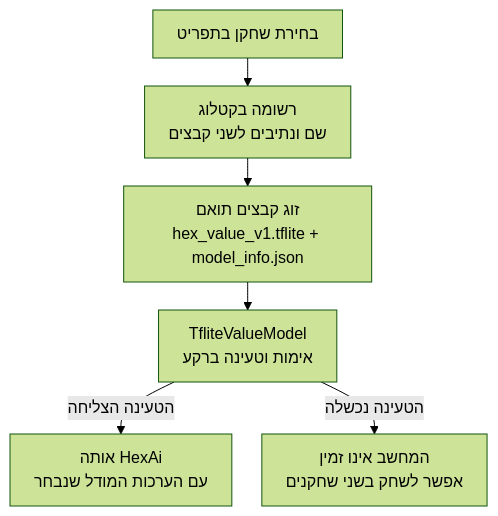
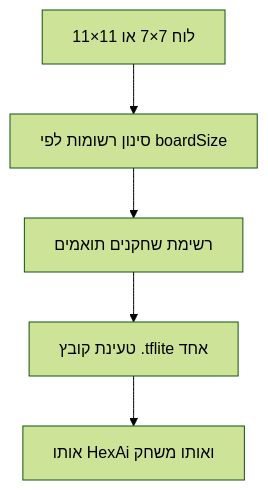
The diagram in android/hex5/07-supplied-rl-models.md (3strategy/BeautifulMivney), drawn with Mermaid (forest theme) before and after one commit. The commit also changed other lines of this file and 10 other files, not shown here.

````diff
--- a/android/hex5/07-supplied-rl-models.md
+++ b/android/hex5/07-supplied-rl-models.md
@@ -28,10 +24,8 @@
-```mermaid
-%%{init: {'flowchart': {'rankSpacing': 28, 'nodeSpacing': 30, 'padding': 12}}}%%
+~~~mermaid
 %% dir: rtl %%
 flowchart TB
-    selection["בחירת שחקן בתפריט"] --> entry["רשומה בקטלוג<br/>שם ונתיבים לשני קבצים"]
-    entry --> pair["זוג קבצים תואם<br/>hex_value_v1.tflite + model_info.json"]
-    pair --> loader["TfliteValueModel<br/>אימות וטעינה ברקע"]
-    loader -->|"הטעינה הצליחה"| ai["אותה HexAi<br/>עם הערכות המודל שנבחר"]
-    loader -->|"הטעינה נכשלה"| unavailable["המחשב אינו זמין<br/>אפשר לשחק בשני שחקנים"]
-```
+    size["לוח 7×7 או 11×11"] --> filter["סינון רשומות לפי boardSize"]
+    filter --> picker["רשימת שחקנים תואמים"]
+    picker --> model["טעינת קובץ .tflite אחד"]
+    model --> ai["אותו HexAi ואותו משחק"]
+~~~
````
